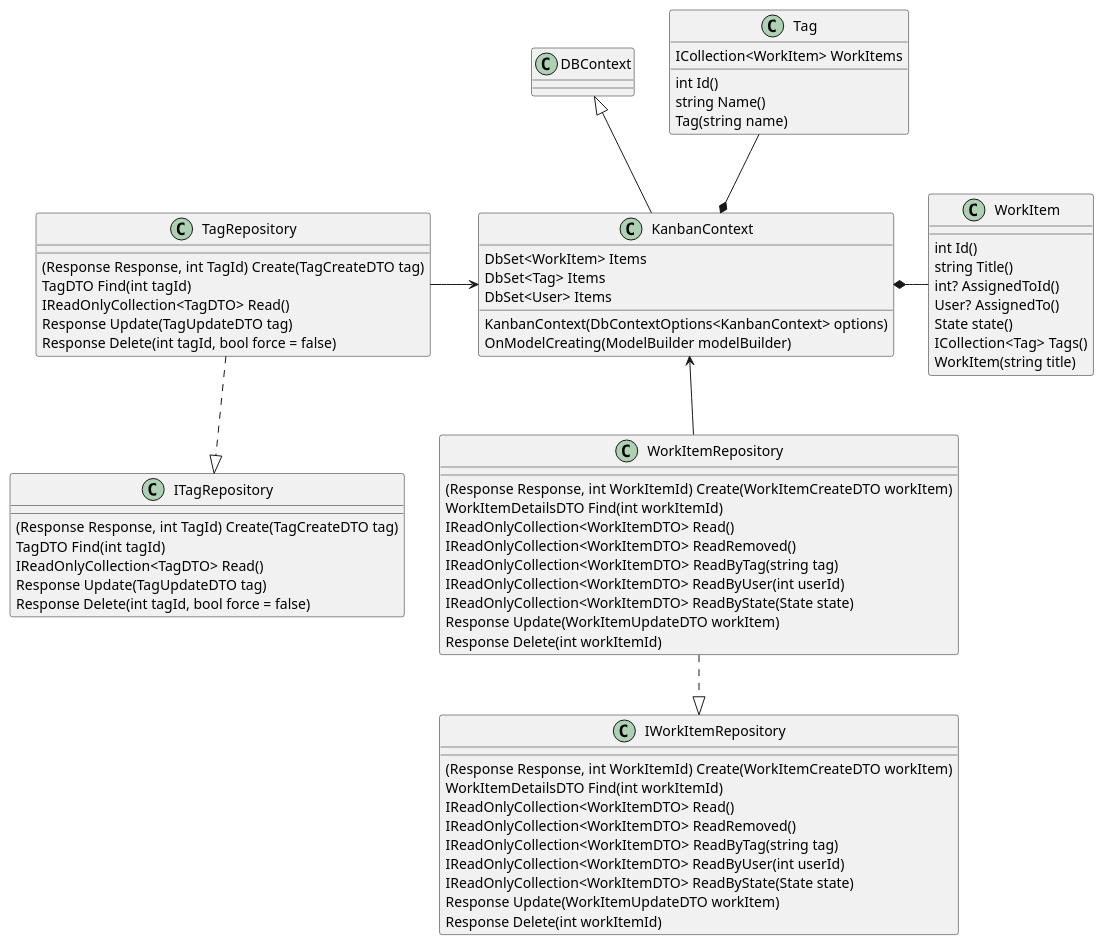
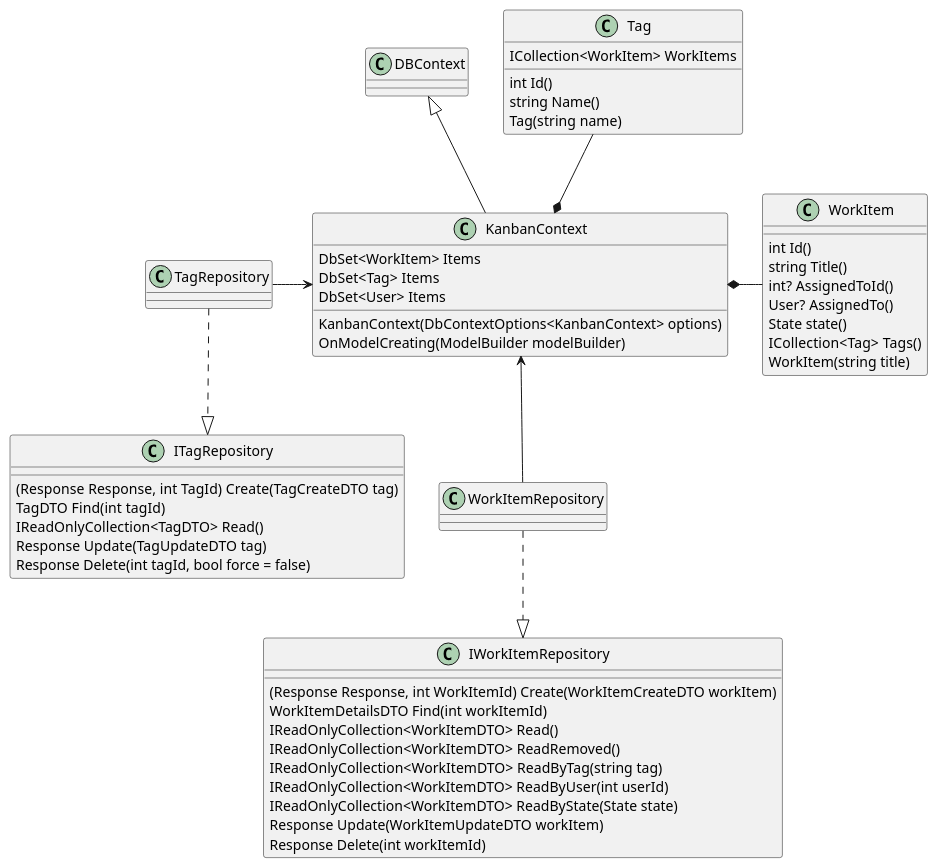
One commit to megsikon/assignment-04 changed the diagram in se_ex2_class.puml. Above: the diagram before and after it, drawn with PlantUML. The commit also changed 2 other files, not shown here.

```diff
--- a/se_ex2_class.puml
+++ b/se_ex2_class.puml
@@ -1,75 +1,60 @@
 @startuml classDiagram
 class KanbanContext{
     DbSet<WorkItem> Items
     DbSet<Tag> Items
     DbSet<User> Items
     KanbanContext(DbContextOptions<KanbanContext> options)
     OnModelCreating(ModelBuilder modelBuilder)
 }
 
 class DBContext{
     
 }
 class ITagRepository{
     (Response Response, int TagId) Create(TagCreateDTO tag)
     TagDTO Find(int tagId)
     IReadOnlyCollection<TagDTO> Read()
     Response Update(TagUpdateDTO tag)
     Response Delete(int tagId, bool force = false)
     
 }
 class IWorkItemRepository{
     (Response Response, int WorkItemId) Create(WorkItemCreateDTO workItem)
     WorkItemDetailsDTO Find(int workItemId)
     IReadOnlyCollection<WorkItemDTO> Read()
     IReadOnlyCollection<WorkItemDTO> ReadRemoved()
     IReadOnlyCollection<WorkItemDTO> ReadByTag(string tag)
     IReadOnlyCollection<WorkItemDTO> ReadByUser(int userId)
     IReadOnlyCollection<WorkItemDTO> ReadByState(State state)
     Response Update(WorkItemUpdateDTO workItem)
     Response Delete(int workItemId)
 }
 class TagRepository{
-    (Response Response, int TagId) Create(TagCreateDTO tag)
-    TagDTO Find(int tagId)
-    IReadOnlyCollection<TagDTO> Read()
-    Response Update(TagUpdateDTO tag)
-    Response Delete(int tagId, bool force = false)
 }
 class WorkItemRepository{
-    (Response Response, int WorkItemId) Create(WorkItemCreateDTO workItem)
-    WorkItemDetailsDTO Find(int workItemId)
-    IReadOnlyCollection<WorkItemDTO> Read()
-    IReadOnlyCollection<WorkItemDTO> ReadRemoved()
-    IReadOnlyCollection<WorkItemDTO> ReadByTag(string tag)
-    IReadOnlyCollection<WorkItemDTO> ReadByUser(int userId)
-    IReadOnlyCollection<WorkItemDTO> ReadByState(State state)
-    Response Update(WorkItemUpdateDTO workItem)
-    Response Delete(int workItemId)
-    
 }
 class WorkItem{
     int Id()
     string Title()
     int? AssignedToId()
     User? AssignedTo()
     State state()
     ICollection<Tag> Tags()
     WorkItem(string title)
 }
 class Tag{
     int Id()
     string Name()
     ICollection<WorkItem> WorkItems
     Tag(string name)
 }
 
 KanbanContext *-up- Tag
 KanbanContext -up-|> DBContext
 KanbanContext *-right- WorkItem
 KanbanContext <-left- TagRepository
 KanbanContext <-down- WorkItemRepository
 TagRepository .down.|> ITagRepository
 WorkItemRepository .down.|> IWorkItemRepository
 
 @enduml
```
